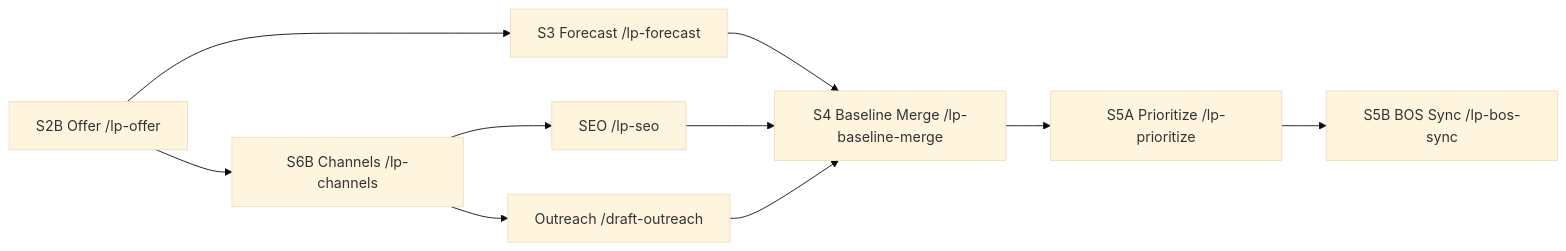
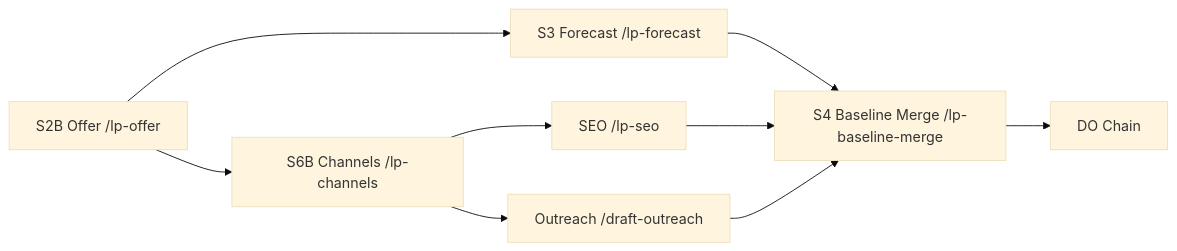
Before and after one commit to PeterCowling/base-shop: the diagram in docs/business-os/startup-loop-current-vs-proposed.user.md, drawn with Mermaid (base theme). The commit also changed other lines of this file and 360 other files, not shown here.

````diff
--- a/docs/business-os/startup-loop-current-vs-proposed.user.md
+++ b/docs/business-os/startup-loop-current-vs-proposed.user.md
@@ -355,12 +354,11 @@
 ```mermaid
 flowchart LR
   S2B[S2B Offer /lp-offer] --> S3[S3 Forecast /lp-forecast]
   S2B --> S6B[S6B Channels /lp-channels]
   S6B --> SEO[SEO /lp-seo]
   S6B --> OUT[Outreach /draft-outreach]
   S3 --> S4[S4 Baseline Merge /lp-baseline-merge]
   SEO --> S4
   OUT --> S4
-  S4 --> S5A[S5A Prioritize /lp-prioritize]
-  S5A --> S5B[S5B BOS Sync /lp-bos-sync]
+  S4 --> DO[DO Chain]
 ```
````
